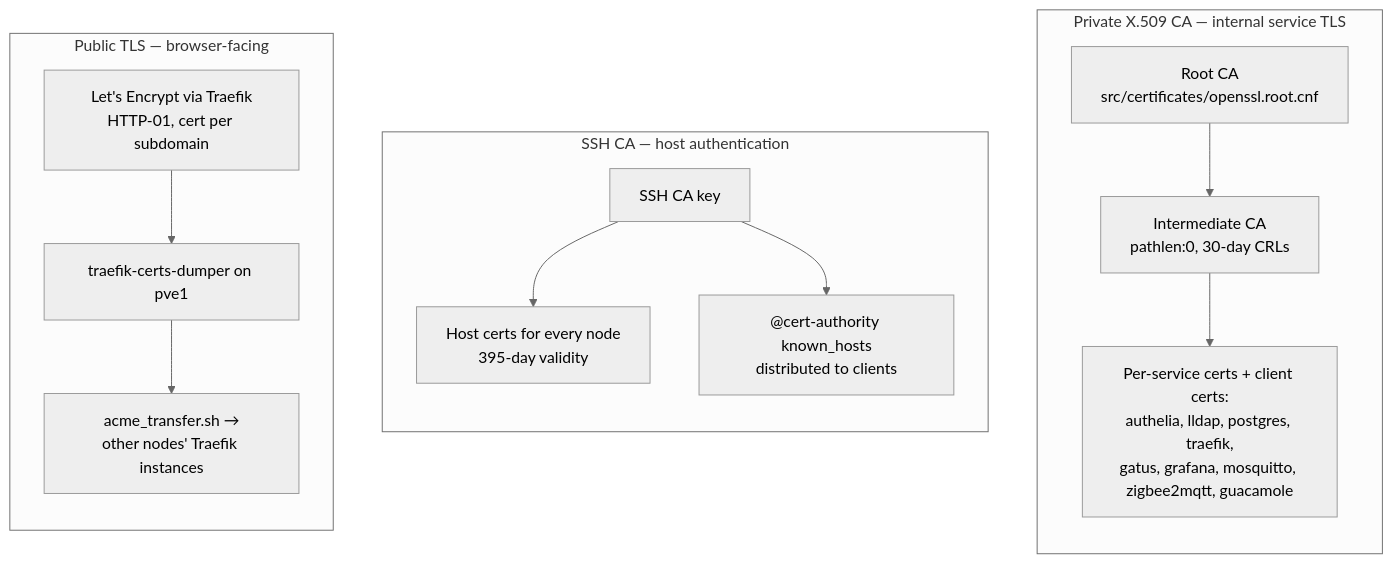
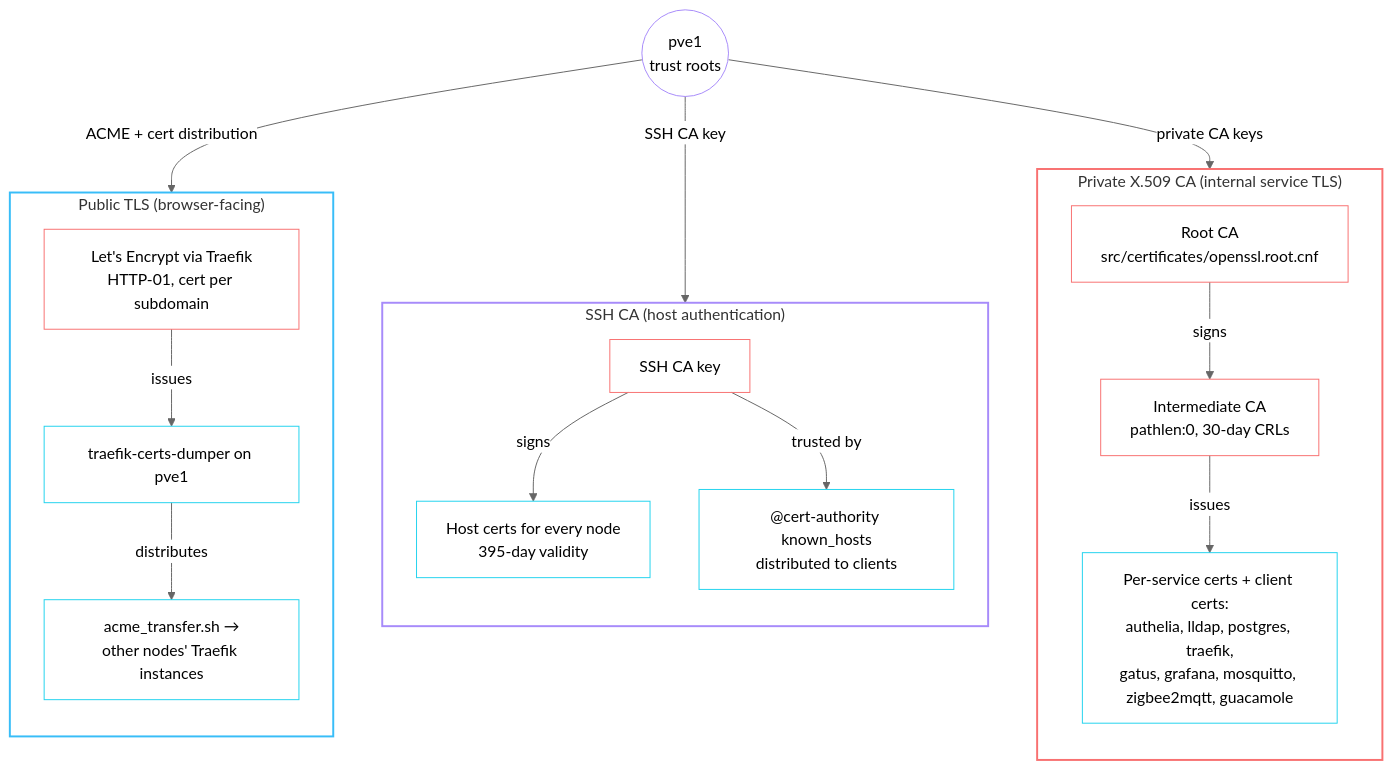
Before and after one commit to babraham123/homelab: the second of 2 diagrams in docs/security.md, drawn with Mermaid (neutral theme). The commit also changed other lines of this file and 11 other files, not shown here.

Commit message:
improve diagrams, wording in docs/

````diff
--- a/docs/security.md
+++ b/docs/security.md
@@ -106,25 +108,43 @@
 ```mermaid
 flowchart TB
-    subgraph x509["Private X.509 CA — internal service TLS"]
+    pve1(("pve1<br/>trust roots"))
+
+    subgraph x509["Private X.509 CA (internal service TLS)"]
         direction TB
         root["Root CA<br/>src/certificates/openssl.root.cnf"]
         inter["Intermediate CA<br/>pathlen:0, 30-day CRLs"]
         svc["Per-service certs + client certs:<br/>authelia, lldap, postgres, traefik,<br/>gatus, grafana, mosquitto, zigbee2mqtt, guacamole"]
-        root --> inter --> svc
+        root -- "signs" --> inter -- "issues" --> svc
     end
-    subgraph ssh["SSH CA — host authentication"]
+
+    subgraph ssh["SSH CA (host authentication)"]
         direction TB
         sshca["SSH CA key"]
         hosts["Host certs for every node<br/>395-day validity"]
         known["@cert-authority known_hosts<br/>distributed to clients"]
-        sshca --> hosts
-        sshca --> known
+        sshca -- "signs" --> hosts
+        sshca -- "trusted by" --> known
     end
-    subgraph public["Public TLS — browser-facing"]
+
+    subgraph public["Public TLS (browser-facing)"]
         direction TB
         le["Let's Encrypt via Traefik<br/>HTTP-01, cert per subdomain"]
         dumper["traefik-certs-dumper on pve1"]
         xfer["acme_transfer.sh →<br/>other nodes' Traefik instances"]
-        le --> dumper --> xfer
+        le -- "issues" --> dumper -- "distributes" --> xfer
     end
+
+    pve1 -- "private CA keys" --> root
+    pve1 -- "SSH CA key" --> sshca
+    pve1 -- "ACME + cert distribution" --> le
+
+    style x509 stroke:#f87171,stroke-width:2px,fill:transparent
+    style ssh stroke:#a78bfa,stroke-width:2px,fill:transparent
+    style public stroke:#38bdf8,stroke-width:2px,fill:transparent
+    classDef ca stroke:#f87171,fill:transparent
+    classDef dist stroke:#22d3ee,fill:transparent
+    class root,inter,sshca,le ca
+    class svc,hosts,known,dumper,xfer dist
+    class pve1 host
+    classDef host stroke:#a78bfa,fill:transparent
 ```
````
